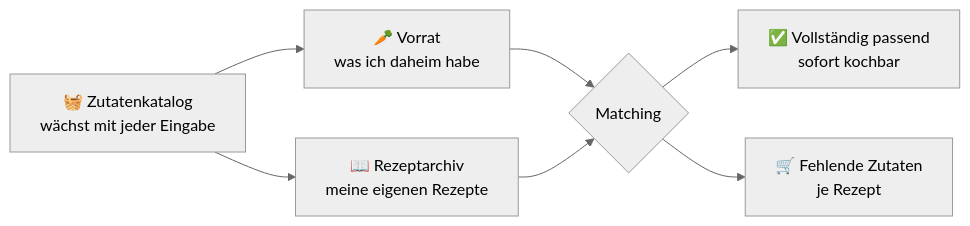
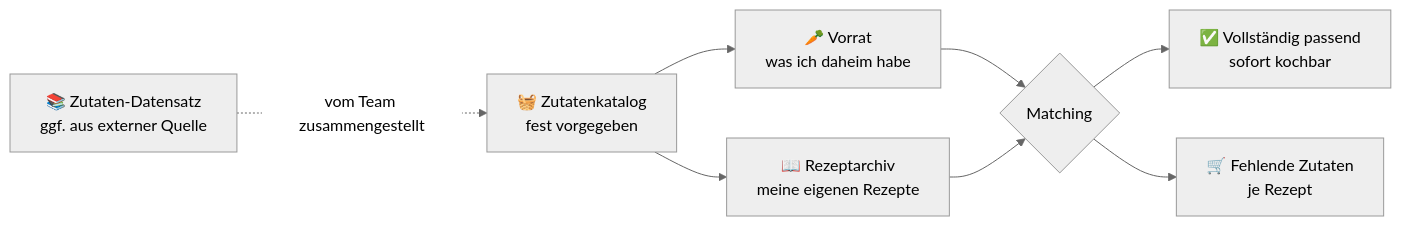
The diagram in README.md (NeloBorcram/Jausi), drawn with Mermaid (neutral theme) before and after one commit. The commit also changed other lines of this file and 4 other files, not shown here.

````diff
--- a/README.md
+++ b/README.md
@@ -43,9 +42,10 @@
 ```mermaid
 flowchart LR
-    K["🧺 Zutatenkatalog<br/>wächst mit jeder Eingabe"] --> V["🥕 Vorrat<br/>was ich daheim habe"]
+    Q["📚 Zutaten-Datensatz<br/>ggf. aus externer Quelle"] -.->|"vom Team zusammengestellt"| K
+    K["🧺 Zutatenkatalog<br/>fest vorgegeben"] --> V["🥕 Vorrat<br/>was ich daheim habe"]
     K --> R["📖 Rezeptarchiv<br/>meine eigenen Rezepte"]
     V --> M{"Matching"}
     R --> M
     M --> P["✅ Vollständig passend<br/>sofort kochbar"]
     M --> F["🛒 Fehlende Zutaten<br/>je Rezept"]
 ```
````
